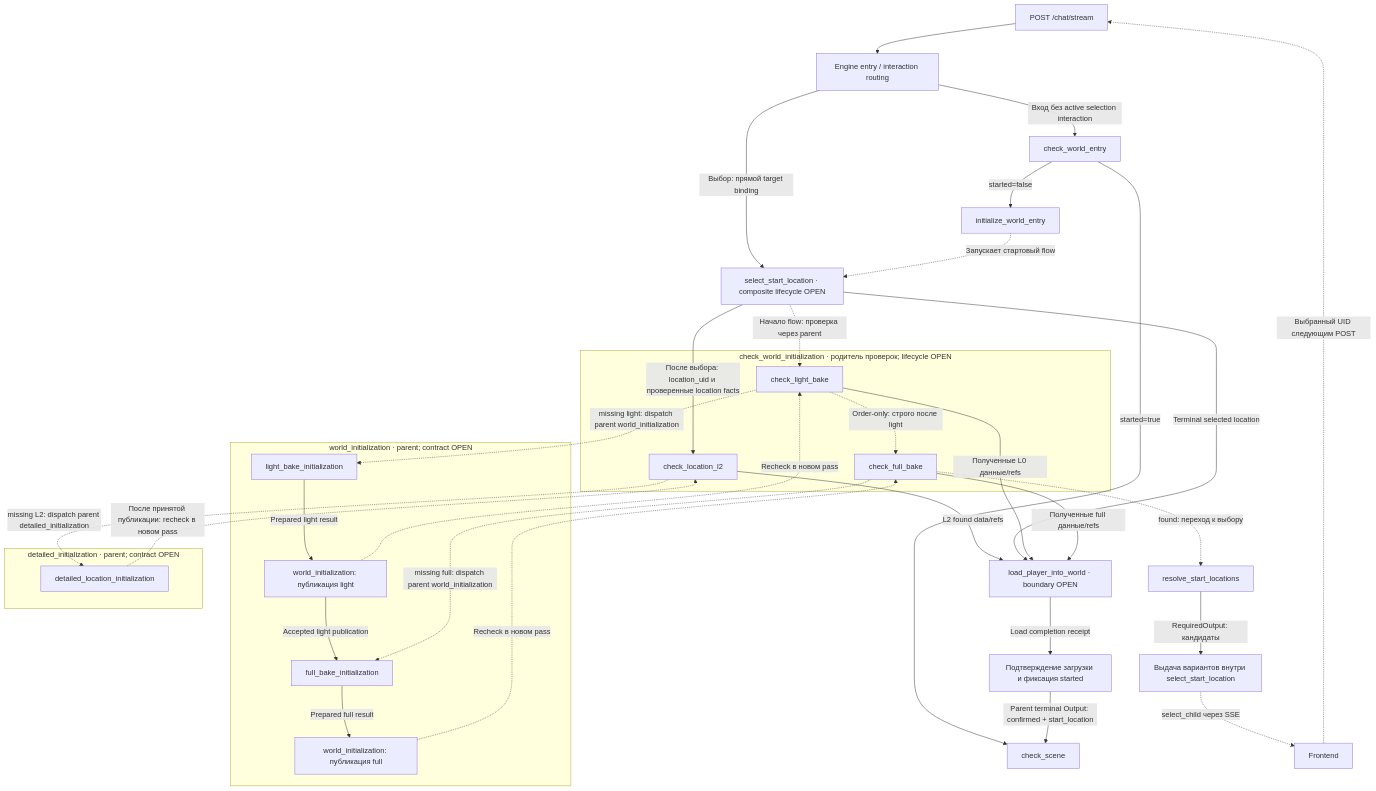
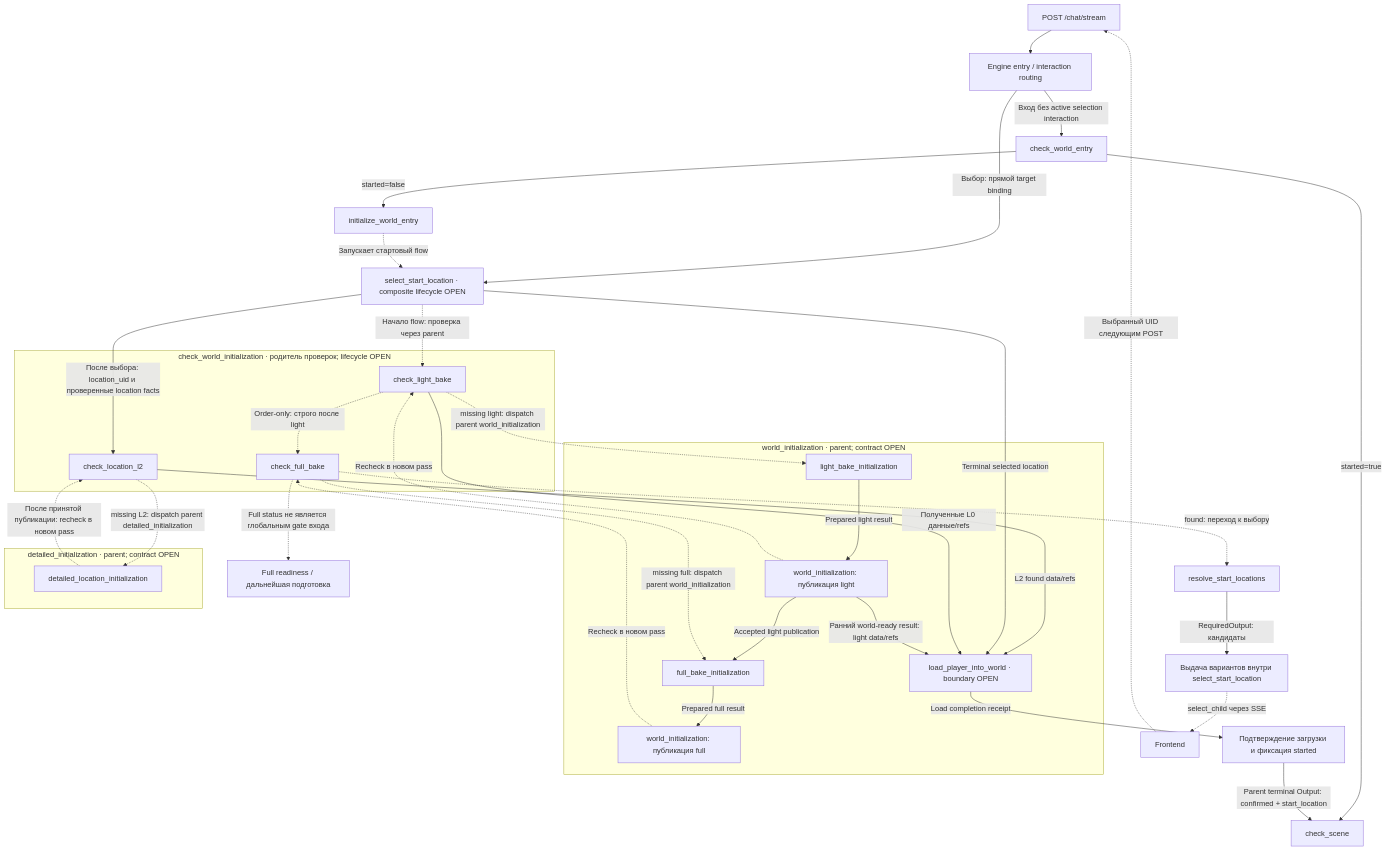
The diagram in .cursor/plans/gen-dag-node-dependency.md (AndrewBondaren/AI-Project), drawn with Mermaid before and after one commit. The commit also changed other lines of this file, not shown here.

Commit message:
feat: Clarify light and full publication milestones for world initialization; enhance early entry conditions and dependencies

````diff
--- a/.cursor/plans/gen-dag-node-dependency.md
+++ b/.cursor/plans/gen-dag-node-dependency.md
@@ -13,45 +13,46 @@
 ```mermaid
 flowchart TD
     API["POST /chat/stream"] --> E["Engine entry / interaction routing"]
     E -->|"Вход без active selection interaction"| W["check_world_entry"]
     E -->|"Выбор: прямой target binding"| S
     W -->|"started=true"| C["check_scene"]
     W -->|"started=false"| P["initialize_world_entry"]
     P -.->|"Запускает стартовый flow"| S["select_start_location · composite lifecycle OPEN"]
     subgraph CHECKS["check_world_initialization · родитель проверок; lifecycle OPEN"]
         L["check_light_bake"]
         F["check_full_bake"]
         D["check_location_l2"]
         L -.->|"Order-only: строго после light"| F
     end
     S -.->|"Начало flow: проверка через parent"| L
     F -.->|"found: переход к выбору"| R["resolve_start_locations"]
     R -->|"RequiredOutput: кандидаты"| OFFER["Выдача вариантов внутри select_start_location"]
     OFFER -.->|"select_child через SSE"| UI["Frontend"]
     UI -.->|"Выбранный UID следующим POST"| API
     S -->|"После выбора: location_uid и проверенные location facts"| D
     D -->|"L2 found data/refs"| LOAD["load_player_into_world · boundary OPEN"]
     S -->|"Terminal selected location"| LOAD
     L -->|"Полученные L0 данные/refs"| LOAD
-    F -->|"Полученные full данные/refs"| LOAD
+    F -.->|"Full status не является глобальным gate входа"| FULLSTATUS["Full readiness / дальнейшая подготовка"]
     subgraph WI["world_initialization · parent; contract OPEN"]
         LI["light_bake_initialization"]
         FI["full_bake_initialization"]
         LP["world_initialization: публикация light"]
         FP["world_initialization: публикация full"]
         LI -->|"Prepared light result"| LP
         LP -->|"Accepted light publication"| FI
+    LP -->|"Ранний world-ready result: light data/refs"| LOAD
         FI -->|"Prepared full result"| FP
     end
     subgraph DI["detailed_initialization · parent; contract OPEN"]
         DLI["detailed_location_initialization"]
     end
     L -.->|"missing light: dispatch parent world_initialization"| LI
     F -.->|"missing full: dispatch parent world_initialization"| FI
     D -.->|"missing L2: dispatch parent detailed_initialization"| DLI
     LP -.->|"Recheck в новом pass"| L
     FP -.->|"Recheck в новом pass"| F
     DLI -.->|"После принятой публикации: recheck в новом pass"| D
     LOAD -->|"Load completion receipt"| DONE["Подтверждение загрузки и фиксация started"]
     DONE -->|"Parent terminal Output: confirmed + start_location"| C
 ```
````
